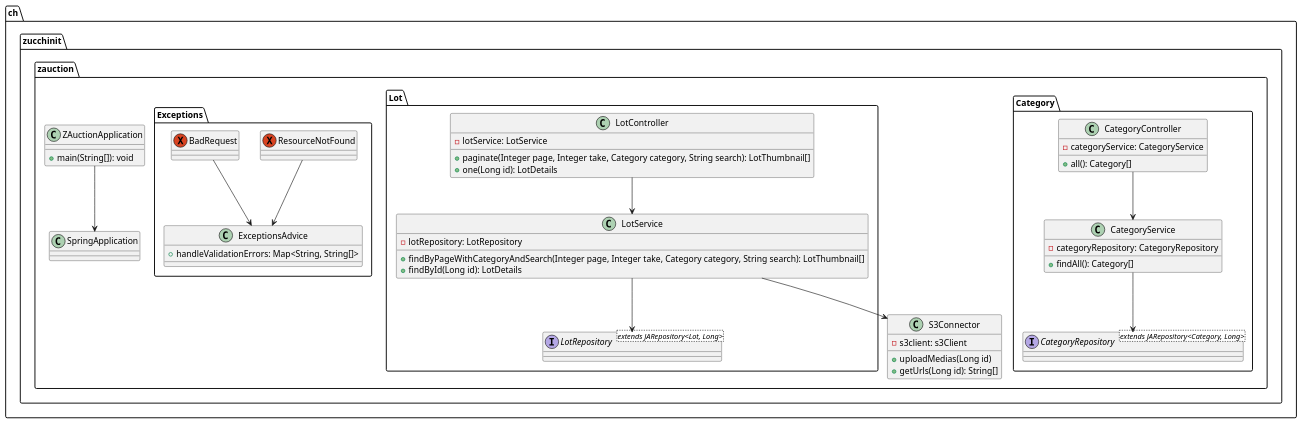
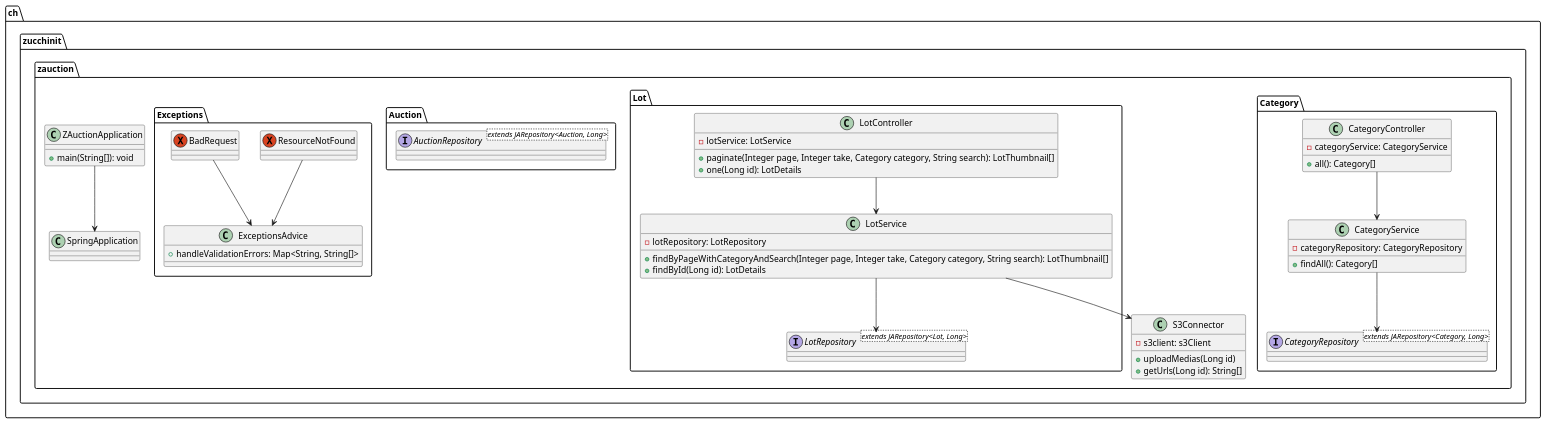
The diagram in docs/class_diagram.puml (ETML-ES-LABEFE-MANUEL-THEO/BACKEND), drawn with PlantUML before and after one commit.

Commit message:
docs: added auction entity/repository

```diff
--- a/docs/class_diagram.puml
+++ b/docs/class_diagram.puml
@@ -1,61 +1,65 @@
 @startuml
 
 package ch.zucchinit.zauction {
     class SpringApplication
     class ZAuctionApplication {
         +main(String[]): void
     }
     "ZAuctionApplication" --> "SpringApplication"
 
     package Category {
         interface CategoryRepository<extends JARepository<Category, Long>>
         class CategoryController {
             -categoryService: CategoryService
             +all(): Category[]
         }
         class CategoryService {
             -categoryRepository: CategoryRepository
             +findAll(): Category[]
         }
 
         "CategoryController" --> "CategoryService"
         "CategoryService" --> "CategoryRepository"
     }
 
     package Lot {
         interface LotRepository<extends JARepository<Lot, Long>>
         class LotController {
             -lotService: LotService
             +paginate(Integer page, Integer take, Category category, String search): LotThumbnail[]
             +one(Long id): LotDetails
         }
         class LotService {
             -lotRepository: LotRepository
             +findByPageWithCategoryAndSearch(Integer page, Integer take, Category category, String search): LotThumbnail[]
             +findById(Long id): LotDetails
         }
 
         "LotController" --> "LotService"
         "LotService" --> "LotRepository"
     }
 
+    package Auction {
+        interface AuctionRepository<extends JARepository<Auction, Long>>
+   }
+
     package Exceptions {
         exception "ResourceNotFound"
         exception "BadRequest"
         class ExceptionsAdvice {
             + handleValidationErrors: Map<String, String[]>
         }
 
         "ResourceNotFound" --> "ExceptionsAdvice"
         "BadRequest" --> "ExceptionsAdvice"
     }
 
     class S3Connector {
         -s3client: s3Client
         +uploadMedias(Long id)
         +getUrls(Long id): String[]
     }
     "LotService" --> "S3Connector"
 }
 
 @enduml
```
